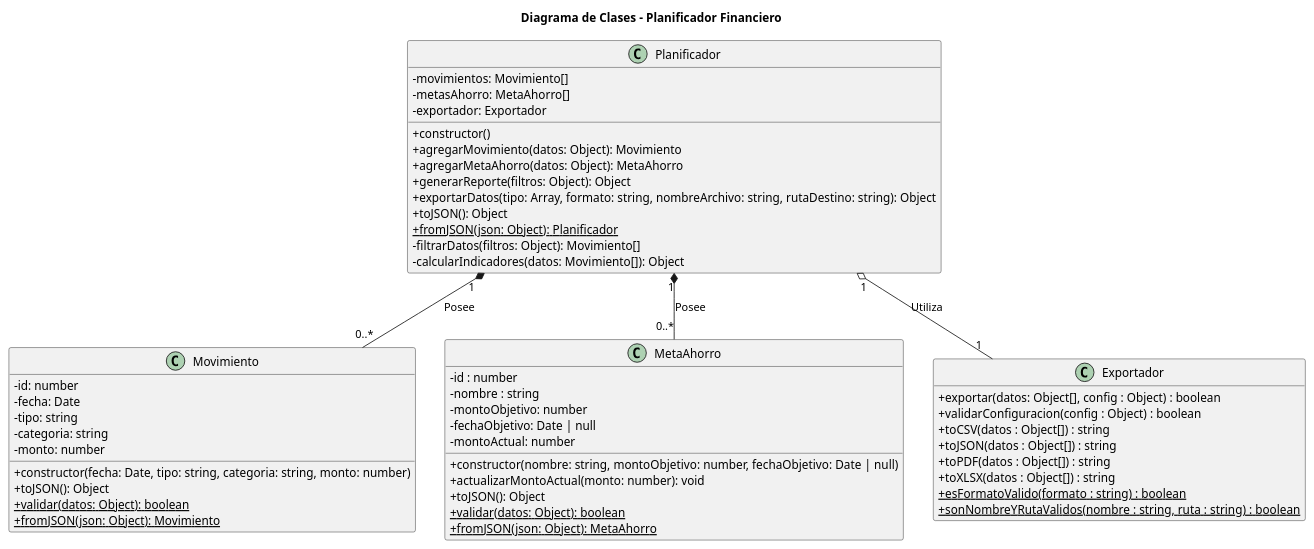
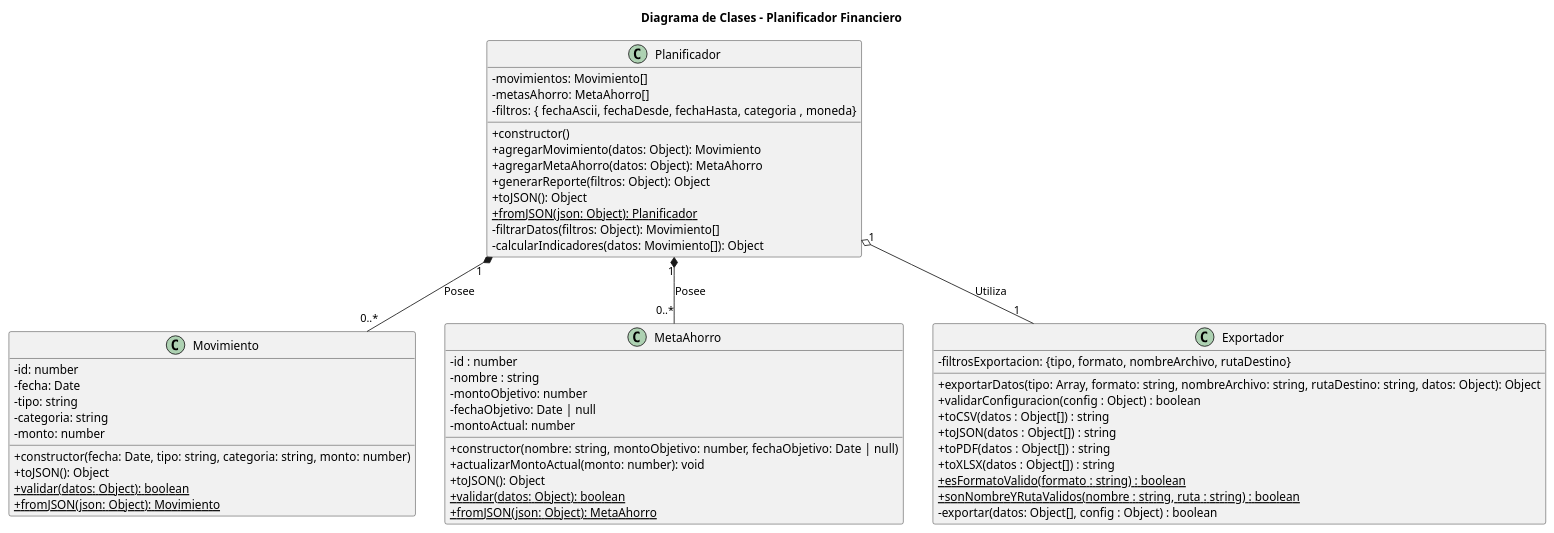
One commit to fioremos/simulador-planificacion-financiera changed the diagram in docs/04-diagramas/02-diagrama-de-clases/diagramas-clases.puml. Above: the diagram before and after it, drawn with PlantUML. The commit also changed 8 other files, not shown here.

```diff
--- a/docs/04-diagramas/02-diagrama-de-clases/diagramas-clases.puml
+++ b/docs/04-diagramas/02-diagrama-de-clases/diagramas-clases.puml
@@ -1,72 +1,73 @@
 @startuml DiagramaClasesPlanificadorFinanciero
 skinparam classAttributeIconSize 0
 hide empty members
 title Diagrama de Clases - Planificador Financiero
 
 ' --- Clases de Dominio (Modelos) ---
 
 class Movimiento {
   - id: number
   - fecha: Date
   - tipo: string
   - categoria: string
   - monto: number
   + constructor(fecha: Date, tipo: string, categoria: string, monto: number)
   + toJSON(): Object
   + {static} validar(datos: Object): boolean
   + {static} fromJSON(json: Object): Movimiento
 }
 class MetaAhorro {
     - id : number
     - nombre : string
     - montoObjetivo: number
     - fechaObjetivo: Date | null
     - montoActual: number
     + constructor(nombre: string, montoObjetivo: number, fechaObjetivo: Date | null)
     + actualizarMontoActual(monto: number): void
     + toJSON(): Object
     + {static} validar(datos: Object): boolean
     + {static} fromJSON(json: Object): MetaAhorro
 }
 class Exportador {
-    + exportar(datos: Object[], config : Object) : boolean
+    - filtrosExportacion: {tipo, formato, nombreArchivo, rutaDestino}
+    + exportarDatos(tipo: Array, formato: string, nombreArchivo: string, rutaDestino: string, datos: Object): Object
     + validarConfiguracion(config : Object) : boolean
     + toCSV(datos : Object[]) : string
     + toJSON(datos : Object[]) : string
     + toPDF(datos : Object[]) : string
     + toXLSX(datos : Object[]) : string
     + {static} esFormatoValido(formato : string) : boolean
     + {static} sonNombreYRutaValidos(nombre : string, ruta : string) : boolean
+    - exportar(datos: Object[], config : Object) : boolean
 }
 
 ' --- Clase de Lógica de Negocio (Gestor) ---
 class Planificador{
     - movimientos: Movimiento[]
     - metasAhorro: MetaAhorro[]
-    - exportador: Exportador
+    - filtros:  { fechaAscii, fechaDesde, fechaHasta, categoria , moneda}
     + constructor()
     + agregarMovimiento(datos: Object): Movimiento
     + agregarMetaAhorro(datos: Object): MetaAhorro
     + generarReporte(filtros: Object): Object
-    + exportarDatos(tipo: Array, formato: string, nombreArchivo: string, rutaDestino: string): Object
     + toJSON(): Object
     + {static} fromJSON(json: Object): Planificador
     - filtrarDatos(filtros: Object): Movimiento[]
     - calcularIndicadores(datos: Movimiento[]): Object
 }
 ' --- Relaciones ---
 
 ' Relación de Composición:
 ' Un Planificador "posee" una colección de 0 o más Movimientos.
 ' Si se destruye el Planificador, la colección de movimientos también.
 Planificador "1" *-- "0..*" Movimiento : Posee
 
 ' Relación de Composición:
 ' Un Planificador "posee" una colección de 0 o más Metas.
 Planificador "1" *-- "0..*" MetaAhorro : Posee
 
 ' Relación de Composicion:
 ' El planificador utiliza un exportador para manejar la exportación de datos.
 Planificador "1" o-- "1" Exportador : Utiliza
 
 @enduml
```
